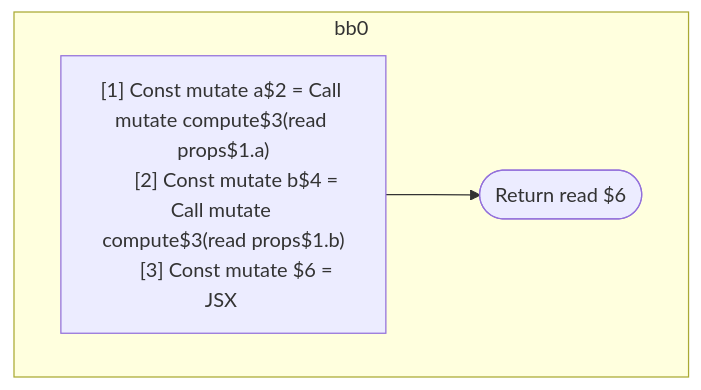
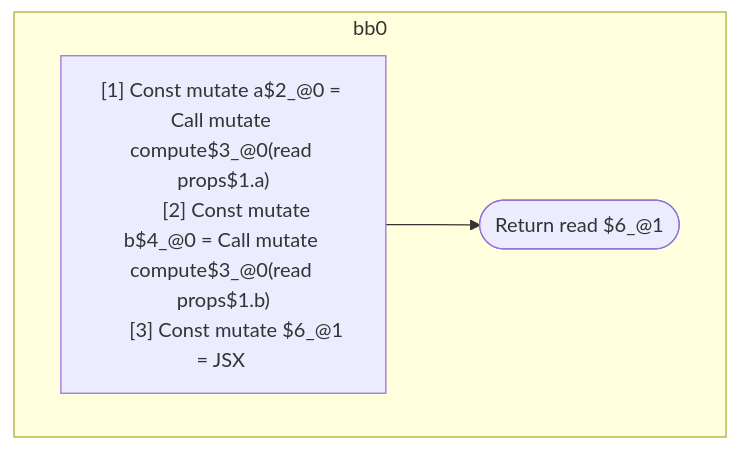
The first of 4 diagrams in compiler/forget/src/__tests__/fixtures/hir/independent.expect.md (wutsmog/private), drawn with Mermaid before and after one commit. The commit also changed other lines of this file and 60 other files, not shown here.

````diff
--- a/compiler/forget/src/__tests__/fixtures/hir/independent.expect.md
+++ b/compiler/forget/src/__tests__/fixtures/hir/independent.expect.md
@@ -39,15 +39,15 @@
 ```mermaid
 flowchart TB
   %% Basic Blocks
   subgraph bb0
     bb0_instrs["
-      [1] Const mutate a$2 = Call mutate compute$3(read props$1.a)
-      [2] Const mutate b$4 = Call mutate compute$3(read props$1.b)
-      [3] Const mutate $6 = JSX <read Foo$5 a={freeze a$2} b={freeze b$4} ></read Foo$5>
+      [1] Const mutate a$2_@0 = Call mutate compute$3_@0(read props$1.a)
+      [2] Const mutate b$4_@0 = Call mutate compute$3_@0(read props$1.b)
+      [3] Const mutate $6_@1 = JSX <read Foo$5 a={freeze a$2_@0} b={freeze b$4_@0} ></read Foo$5>
     "]
-    bb0_instrs --> bb0_terminal(["Return read $6"])
+    bb0_instrs --> bb0_terminal(["Return read $6_@1"])
   end
 
   %% Jumps
   %% empty
 ```
````
